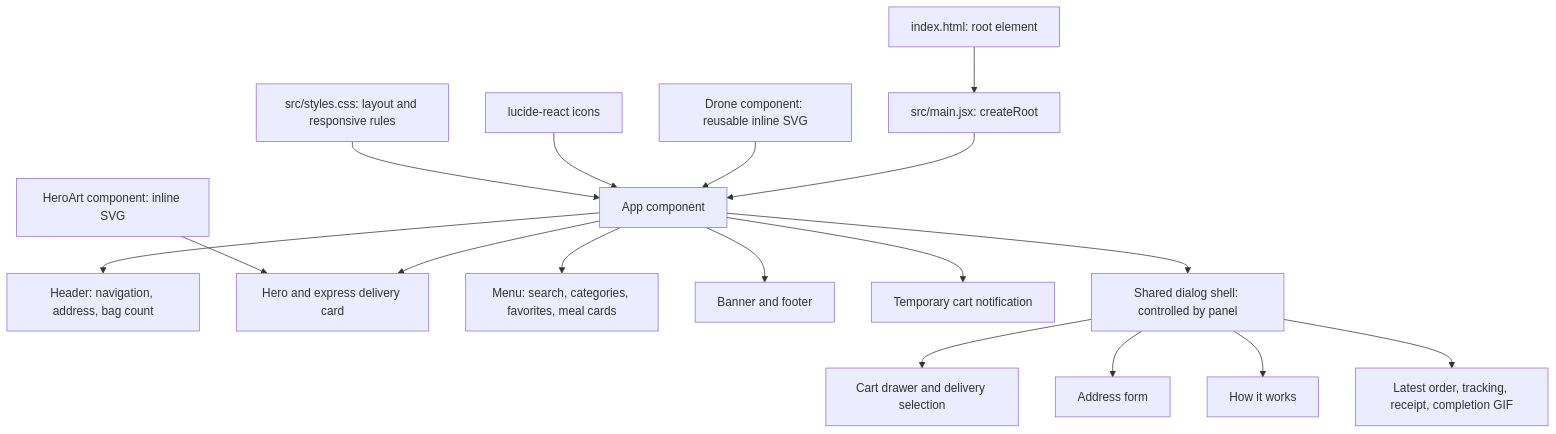
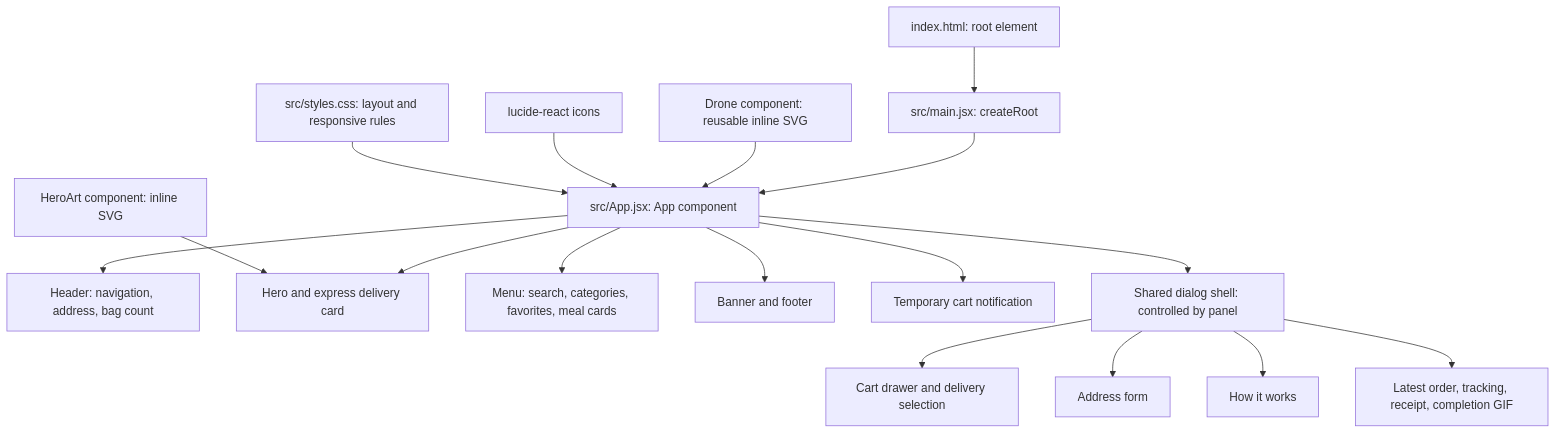
One commit to gwolverson/cap-hackathon changed the second of 6 diagrams in README.md. Above: the diagram before and after it, drawn with Mermaid. The commit also changed other lines of this file and 7 other files, not shown here.

````diff
--- a/README.md
+++ b/README.md
@@ -48,19 +57,19 @@
 ```mermaid
 flowchart TD
     HTML[index.html: root element] --> Entry[src/main.jsx: createRoot]
-    Entry --> App[App component]
+    Entry --> App[src/App.jsx: App component]
     App --> Header[Header: navigation, address, bag count]
     App --> Hero[Hero and express delivery card]
     App --> Menu[Menu: search, categories, favorites, meal cards]
     App --> Footer[Banner and footer]
     App --> Toast[Temporary cart notification]
     App --> Modal[Shared dialog shell: controlled by panel]
     Modal --> Cart[Cart drawer and delivery selection]
     Modal --> Address[Address form]
     Modal --> How[How it works]
     Modal --> Order[Latest order, tracking, receipt, completion GIF]
     Art[HeroArt component: inline SVG] --> Hero
     Drone[Drone component: reusable inline SVG] --> App
     Icons[lucide-react icons] --> App
     CSS[src/styles.css: layout and responsive rules] --> App
 ```
````
